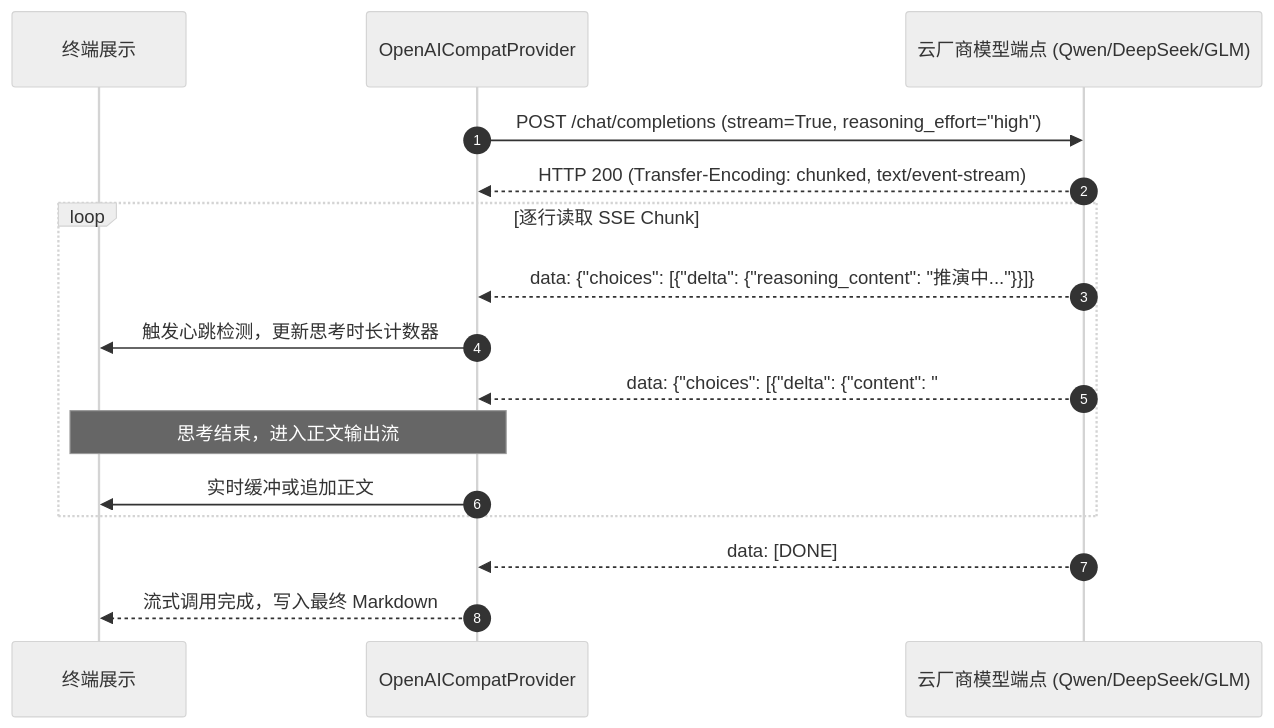
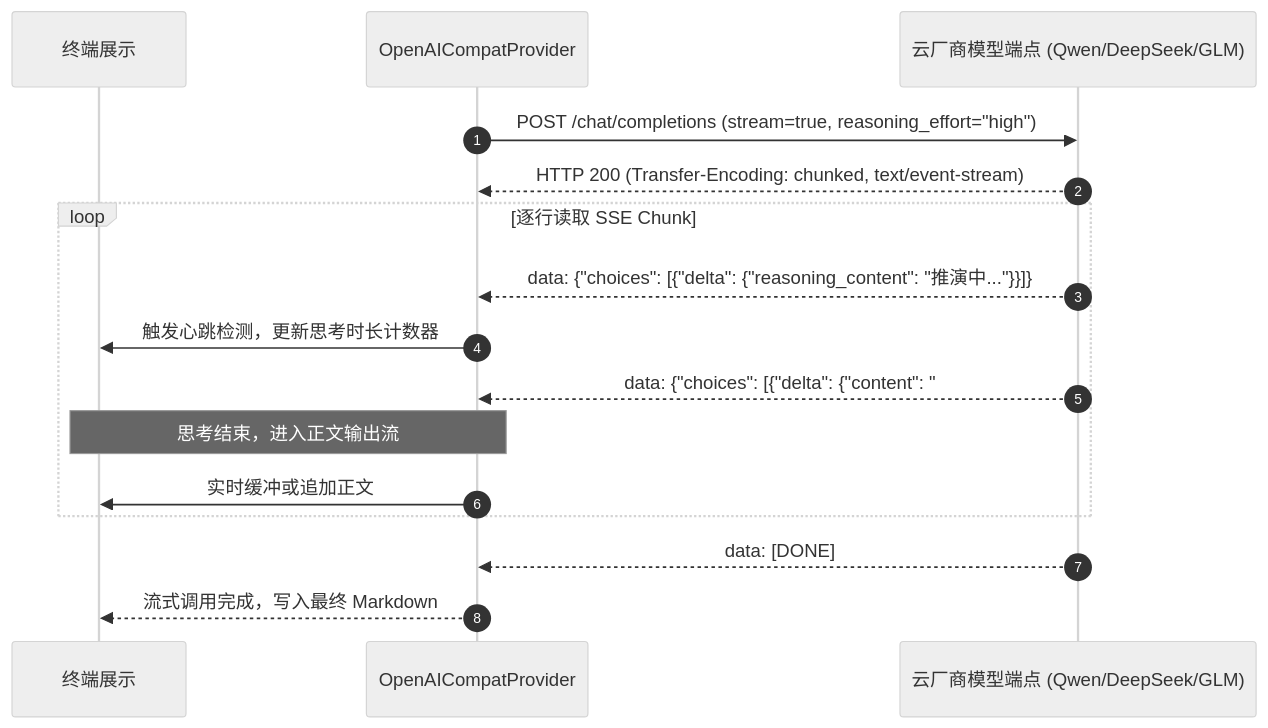
The fifth of 5 diagrams in docs/detailed_design.md (monkeychen/xtract), drawn with Mermaid (neutral theme) before and after one commit. The commit also changed other lines of this file and 2 other files, not shown here.

Commit message:
docs: align uml diagrams and runtime details across docs with typescript architecture

````diff
--- a/docs/detailed_design.md
+++ b/docs/detailed_design.md
@@ -217,22 +217,22 @@
 ```mermaid
 sequenceDiagram
     autonumber
     participant CLI as 终端展示
     participant Prov as OpenAICompatProvider
     participant API as 云厂商模型端点 (Qwen/DeepSeek/GLM)
 
-    Prov->>API: POST /chat/completions (stream=True, reasoning_effort="high")
+    Prov->>API: POST /chat/completions (stream=true, reasoning_effort="high")
     API-->>Prov: HTTP 200 (Transfer-Encoding: chunked, text/event-stream)
     
     loop 逐行读取 SSE Chunk
         API-->>Prov: data: {"choices": [{"delta": {"reasoning_content": "推演中..."}}]}
         Prov->>CLI: 触发心跳检测，更新思考时长计数器
         
         API-->>Prov: data: {"choices": [{"delta": {"content": "# 科技热点研报..."}}]}
         Note over Prov,CLI: 思考结束，进入正文输出流
         Prov->>CLI: 实时缓冲或追加正文
     end
 
     API-->>Prov: data: [DONE]
     Prov-->>CLI: 流式调用完成，写入最终 Markdown
 ```
````
